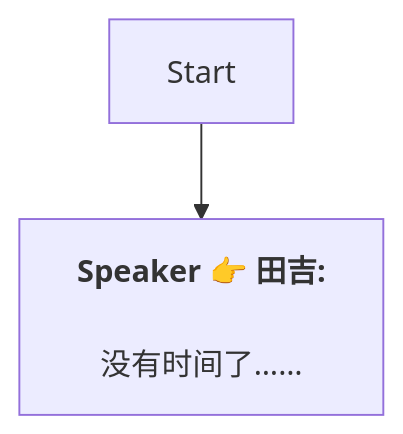
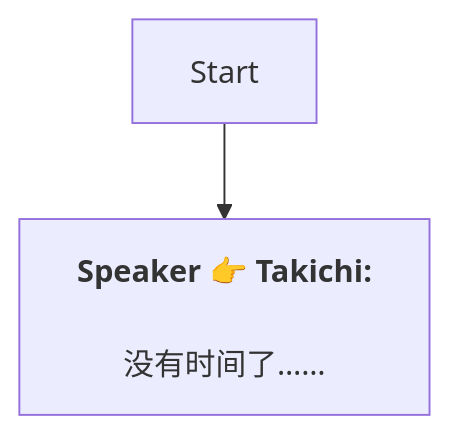
The diagram in Zh/Dialog_55045300888579.md (SoftHu/tos_avg), drawn with Mermaid before and after one commit. The commit also changed 737 other files, not shown here.

````diff
--- a/Zh/Dialog_55045300888579.md
+++ b/Zh/Dialog_55045300888579.md
@@ -1,7 +1,6 @@
 ```mermaid
 graph
-Start -->1761449641855683[<b>Speaker 👉 田吉:</b>
+Start -->1761449641855683[<b>Speaker 👉 Takichi:</b>
+\n没有时间了……]
 
-没有时间了……]
-
- ```
+```
````
